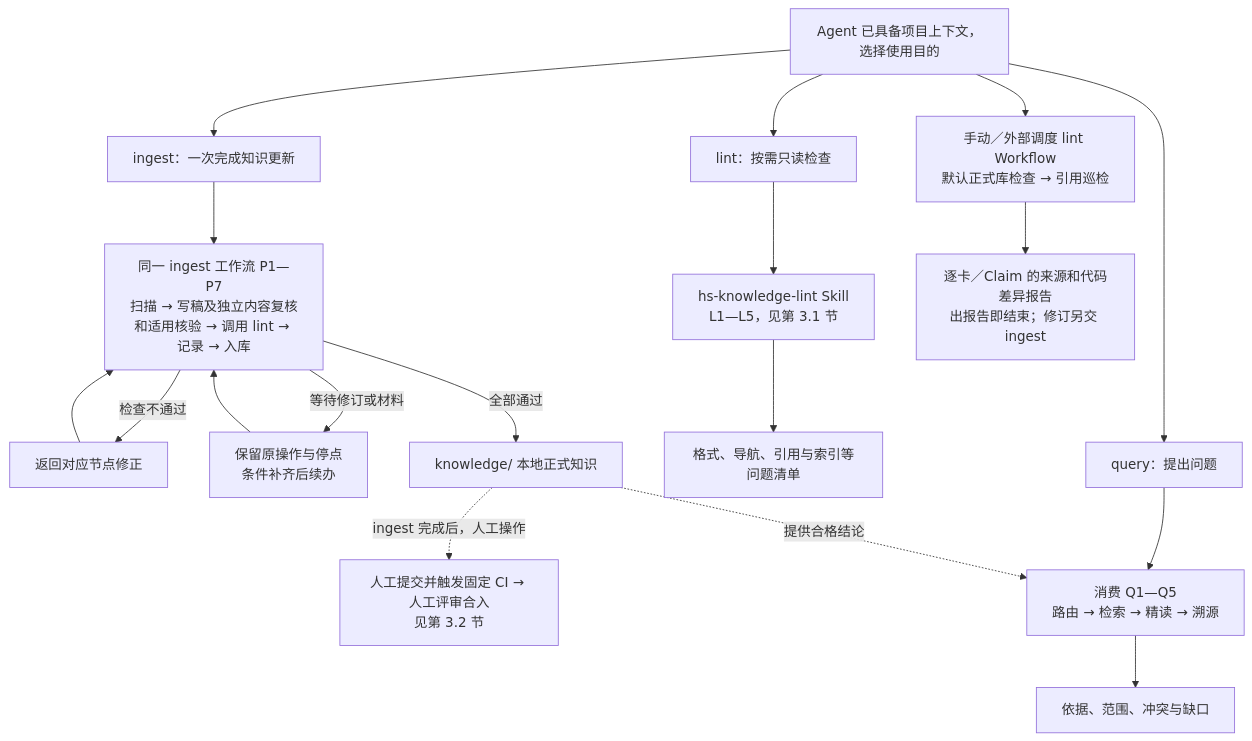
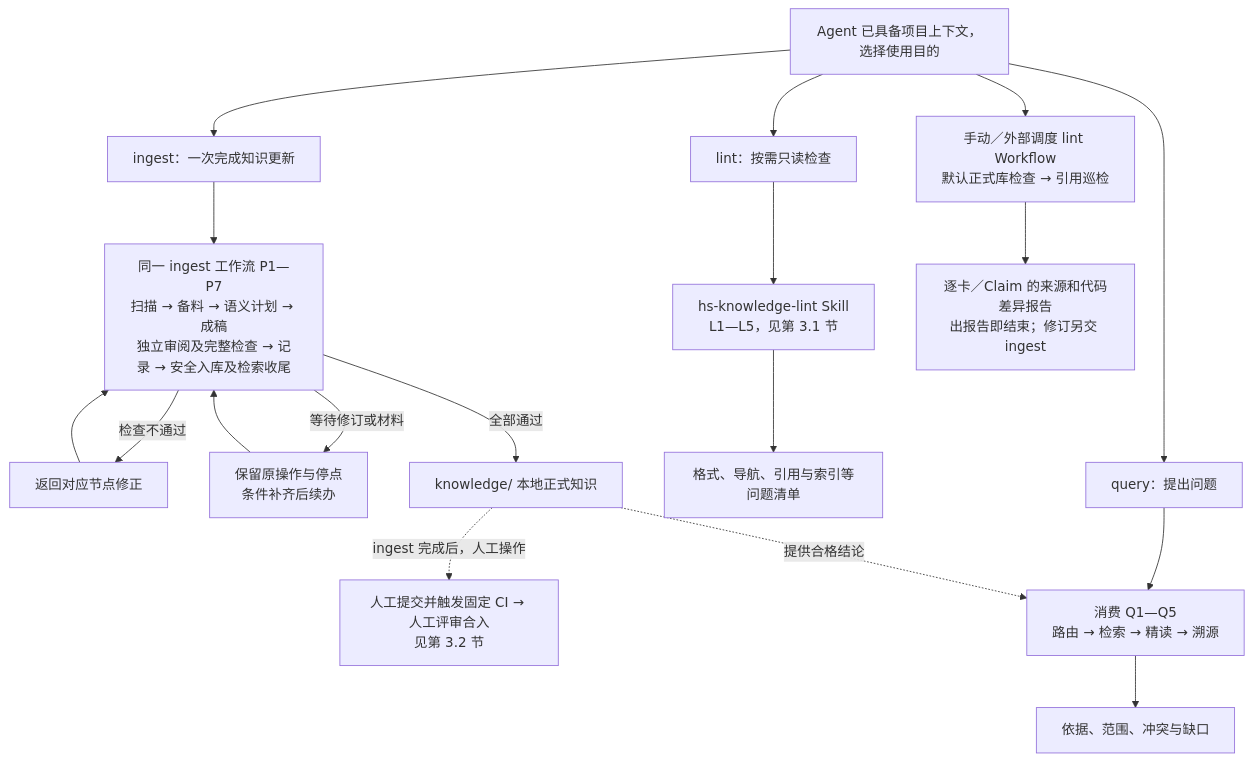
One commit to Robin-hhc/FactumCore changed the second of 27 diagrams in himate-knowledge-wifi-mp/docs-llm-wiki/知识库详细设计.md. Above: the diagram before and after it, drawn with Mermaid. The commit also changed other lines of this file and 5 other files, not shown here.

````diff
--- a/himate-knowledge-wifi-mp/docs-llm-wiki/知识库详细设计.md
+++ b/himate-knowledge-wifi-mp/docs-llm-wiki/知识库详细设计.md
@@ -50,20 +50,20 @@
 ```mermaid
 flowchart TD
     U["Agent 已具备项目上下文，选择使用目的"] --> IN["ingest：一次完成知识更新"]
-    IN --> P["同一 ingest 工作流 P1—P7<br/>扫描 → 写稿及独立内容复核和适用核验 → 调用 lint → 记录 → 入库"]
+    IN --> P["同一 ingest 工作流 P1—P7<br/>扫描 → 备料 → 语义计划 → 成稿<br/>独立审阅及完整检查 → 记录 → 安全入库及检索收尾"]
     P -->|"检查不通过"| FIX["返回对应节点修正"]
     FIX --> P
     P -->|"等待修订或材料"| WAIT["保留原操作与停点<br/>条件补齐后续办"]
     WAIT --> P
     P -->|"全部通过"| K["knowledge/ 本地正式知识"]
     K -. "ingest 完成后，人工操作" .-> CI["人工提交并触发固定 CI → 人工评审合入<br/>见第 3.2 节"]
     U --> LI["lint：按需只读检查"]
     LI --> LINT["hs-knowledge-lint Skill<br/>L1—L5，见第 3.1 节"]
     LINT --> REPORT["格式、导航、引用与索引等问题清单"]
     U --> AUDIT["手动／外部调度 lint Workflow<br/>默认正式库检查 → 引用巡检"]
     AUDIT --> AUDIT_REPORT["逐卡／Claim 的来源和代码差异报告<br/>出报告即结束；修订另交 ingest"]
     U --> QU["query：提出问题"]
     QU --> Q["消费 Q1—Q5<br/>路由 → 检索 → 精读 → 溯源"]
     K -. "提供合格结论" .-> Q
     Q --> A["依据、范围、冲突与缺口"]
 ```
````
